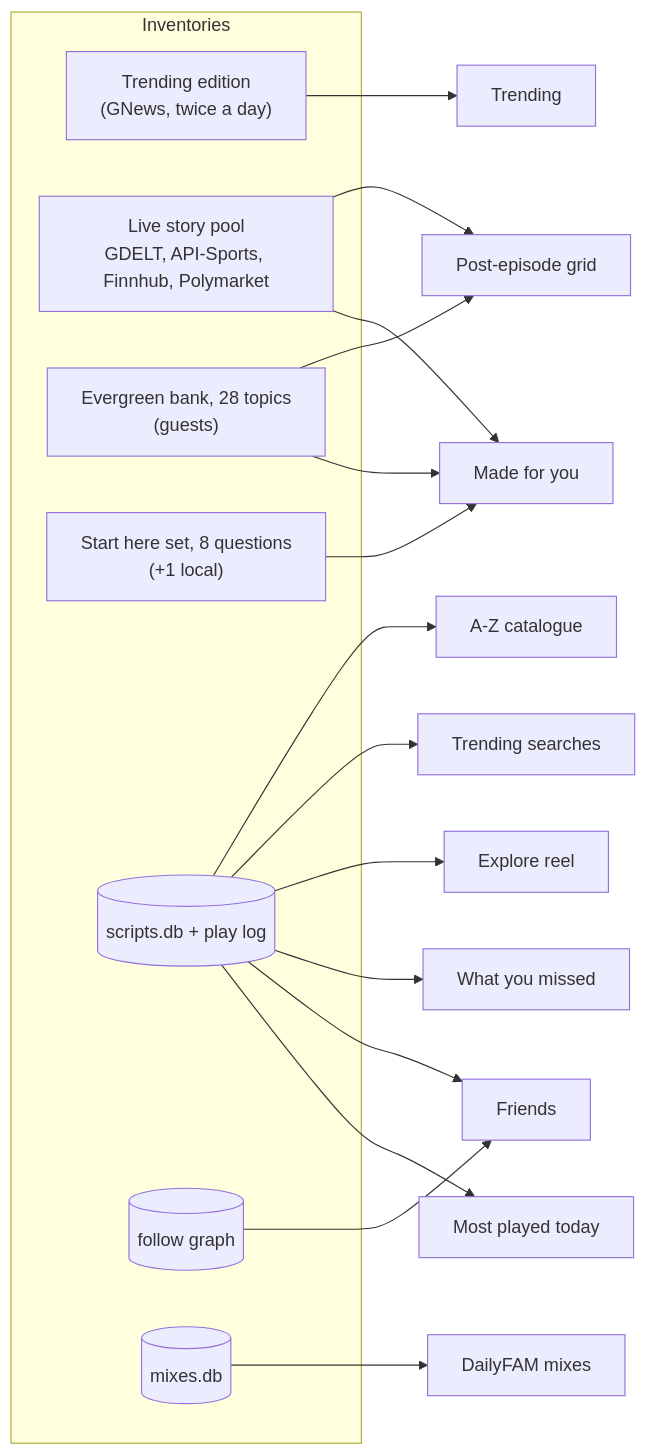
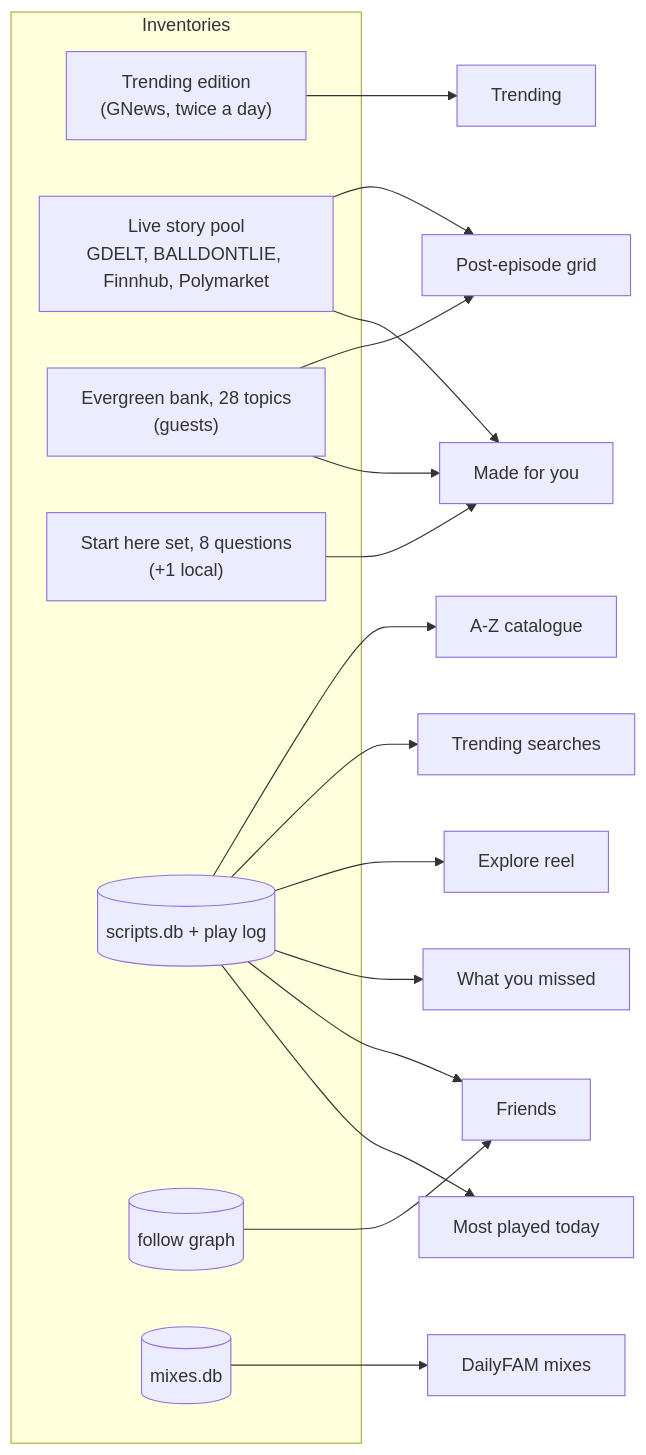
Before and after one commit to tjweingart-byte/FAM: the fifth of 5 diagrams in docs/BACKEND.md, drawn with Mermaid. The commit also changed other lines of this file and 61 other files, not shown here.

````diff
--- a/docs/BACKEND.md
+++ b/docs/BACKEND.md
@@ -394,26 +394,26 @@
 ```mermaid
 flowchart LR
   subgraph Inventories
     TB["Trending edition<br/>(GNews, twice a day)"]
-    LP["Live story pool<br/>GDELT, API-Sports, Finnhub, Polymarket"]
+    LP["Live story pool<br/>GDELT, BALLDONTLIE, Finnhub, Polymarket"]
     BANK["Evergreen bank, 28 topics<br/>(guests)"]
     ST["Start here set, 8 questions<br/>(+1 local)"]
     CACHE[("scripts.db + play log")]
     GRAPH[("follow graph")]
     MIX[("mixes.db")]
   end
   TB --> TR[Trending]
   LP --> MFY[Made for you]
   BANK --> MFY
   ST --> MFY
   CACHE --> MP[Most played today]
   CACHE --> FR[Friends]
   GRAPH --> FR
   CACHE --> MI[What you missed]
   CACHE --> EX[Explore reel]
   CACHE --> TS[Trending searches]
   CACHE --> CAT[A-Z catalogue]
   MIX --> DF[DailyFAM mixes]
   LP --> NX[Post-episode grid]
   BANK --> NX
 ```
````
